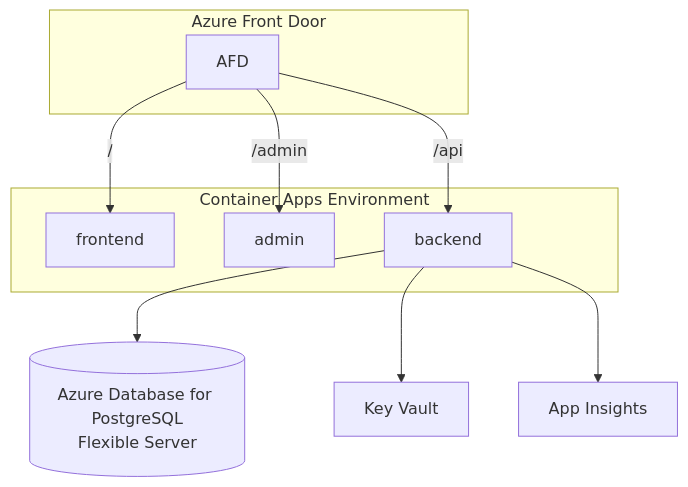
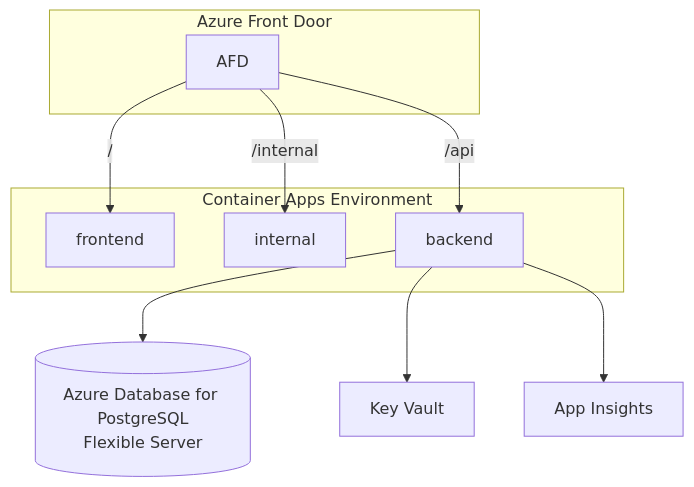
The diagram in docs/architecture.md (jpoley/template), drawn with Mermaid before and after one commit. The commit also changed other lines of this file and 84 other files, not shown here.

First line of the commit message:
refactor: rename admin → internal and port Vue → Next.js

````diff
--- a/docs/architecture.md
+++ b/docs/architecture.md
@@ -5,17 +5,17 @@
 ```mermaid
 flowchart TB
   subgraph Edge[Azure Front Door]
     AFD
   end
   subgraph ACA[Container Apps Environment]
     FE[frontend]
-    Admin[admin]
+    Internal[internal]
     API[backend]
   end
   AFD -->|/| FE
-  AFD -->|/admin| Admin
+  AFD -->|/internal| Internal
   AFD -->|/api| API
   API --> PG[(Azure Database for PostgreSQL<br/>Flexible Server)]
   API --> KV[Key Vault]
   API --> AI[App Insights]
 ```
````
